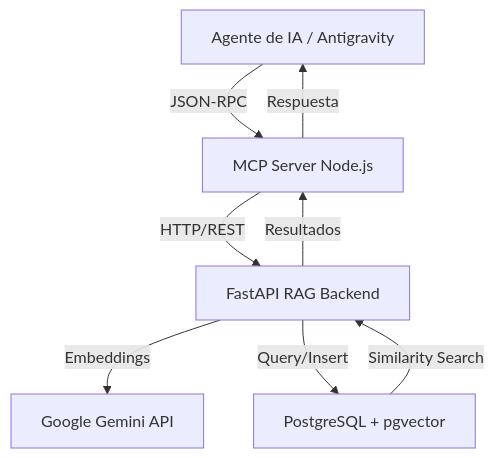
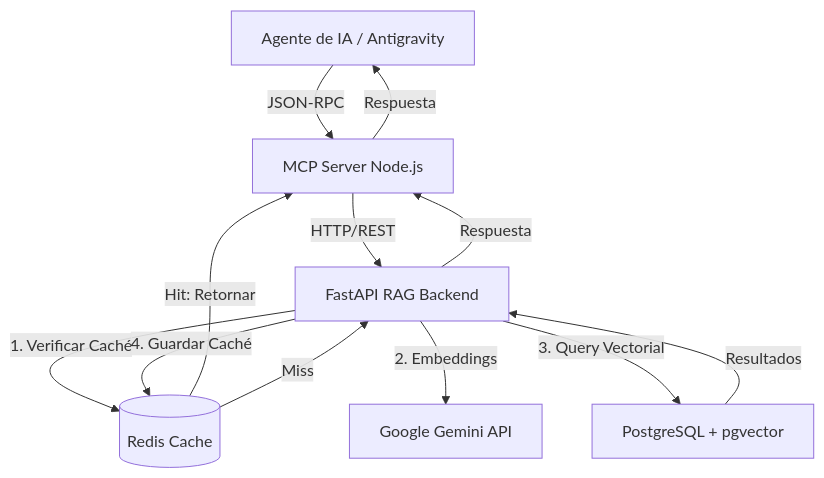
One commit to Enkil1976/Memoria_RAG2_MCP_Server changed the diagram in docs/architecture.md. Above: the diagram before and after it, drawn with Mermaid. The commit also changed other lines of this file and 1 other file, not shown here.

Commit message:
docs: Update architecture and README with Redis cache info

````diff
--- a/docs/architecture.md
+++ b/docs/architecture.md
@@ -7,10 +7,14 @@
 ```mermaid
 graph TD
     A[Agente de IA / Antigravity] -->|JSON-RPC| B[MCP Server Node.js]
     B -->|HTTP/REST| C[FastAPI RAG Backend]
-    C -->|Embeddings| D[Google Gemini API]
-    C -->|Query/Insert| E[PostgreSQL + pgvector]
-    E -->|Similarity Search| C
-    C -->|Resultados| B
+    C -->|1. Verificar Caché| F[(Redis Cache)]
+    F -->|Hit: Retornar| B
+    F -->|Miss| C
+    C -->|2. Embeddings| D[Google Gemini API]
+    C -->|3. Query Vectorial| E[PostgreSQL + pgvector]
+    E -->|Resultados| C
+    C -->|4. Guardar Caché| F
+    C -->|Respuesta| B
     B -->|Respuesta| A
 ```
````
